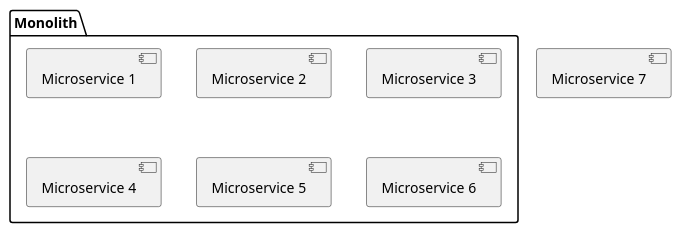
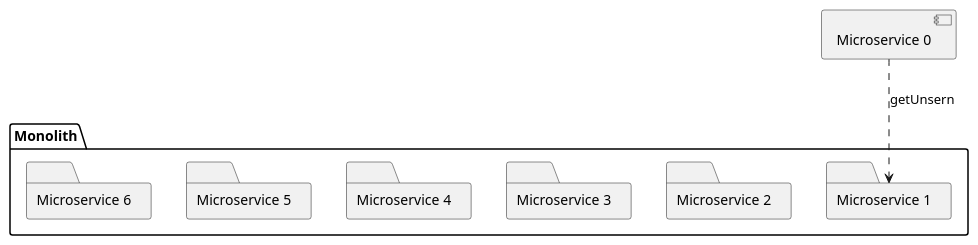
The diagram in visualization_tool/backend/controllers/input-file.puml (SoftwareForHumans/MicroOnion), drawn with PlantUML before and after one commit. The commit also changed 15 other files, not shown here.

```diff
--- a/visualization_tool/backend/controllers/input-file.puml
+++ b/visualization_tool/backend/controllers/input-file.puml
@@ -1,11 +1,23 @@
 @startuml
-package "Monolith" {
-  [Microservice 1]
-[Microservice 2]
-[Microservice 3]
-[Microservice 4]
-[Microservice 5]
-[Microservice 6]
+folder "Monolith" {
+  folder "Microservice 1"{
+
+  }
+folder "Microservice 2"{
+    
+  }
+  folder "Microservice 3"{
+    
+  }
+  folder "Microservice 4"{
+    
+  }
+  folder "Microservice 5"{
+    
+  }
+  folder "Microservice 6"{
+    
+  }
 }
-[Microservice 7]
+[Microservice 0] ..> "Microservice 1":getUnsern
 @enduml
```
